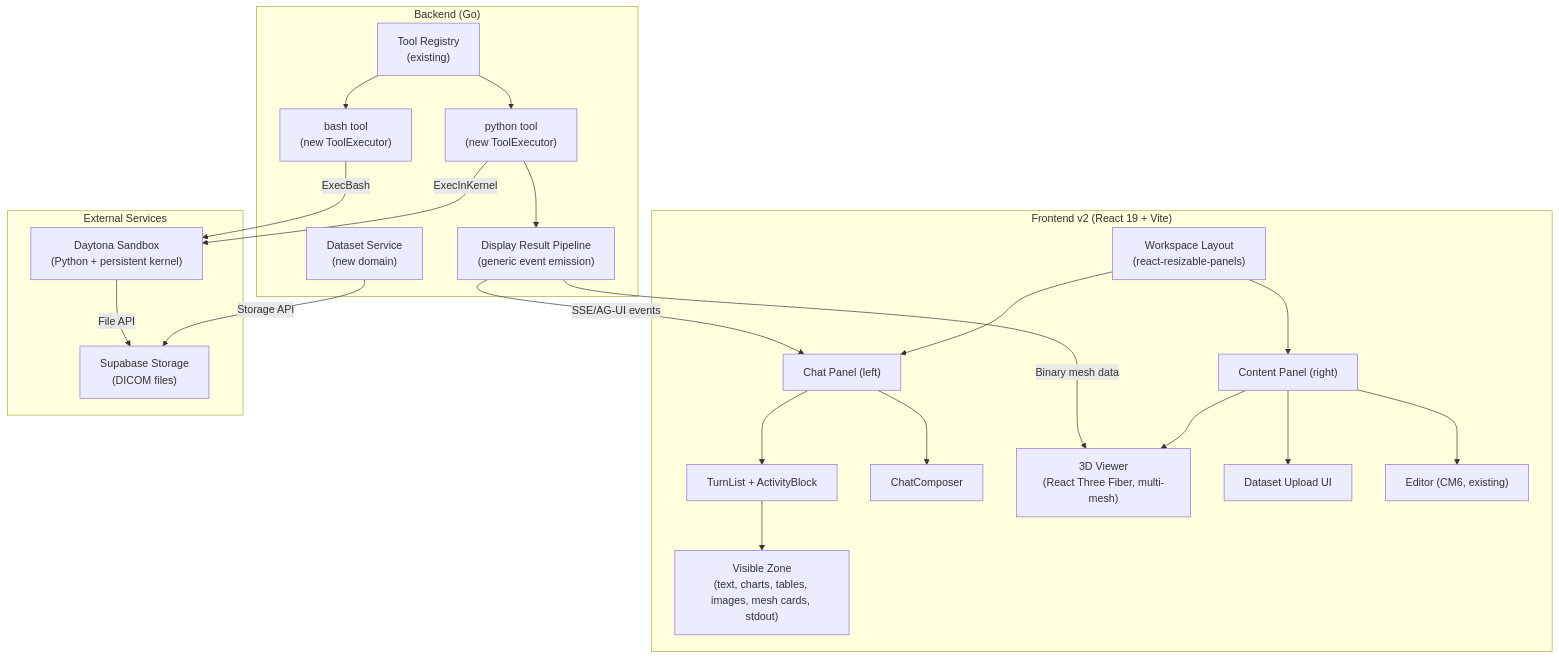
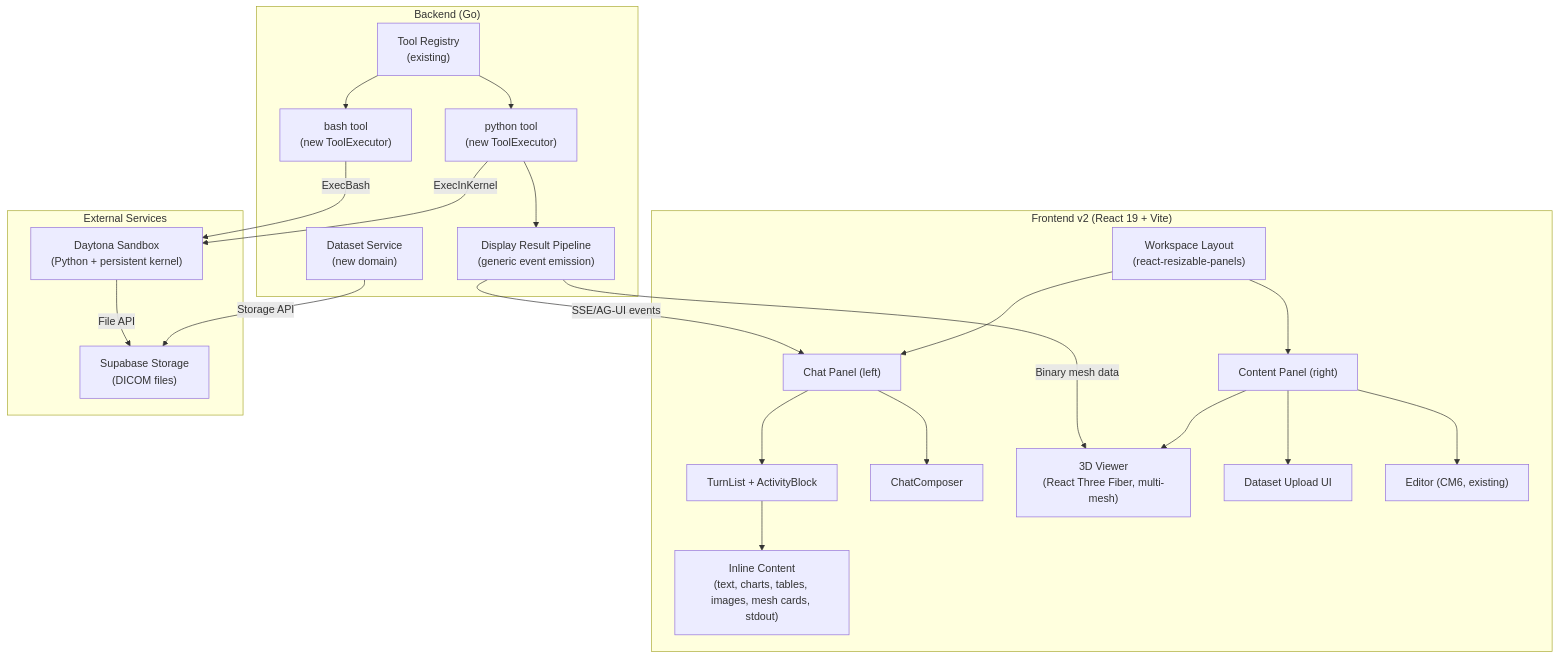
One commit to haowjy/meridian-flow changed the first of 2 diagrams in .meridian/work/biomedical-mvp/design/overview.md. Above: the diagram before and after it, drawn with Mermaid. The commit also changed other lines of this file and 7 other files, not shown here.

````diff
--- a/.meridian/work/biomedical-mvp/design/overview.md
+++ b/.meridian/work/biomedical-mvp/design/overview.md
@@ -7,37 +7,37 @@
 ```mermaid
 flowchart TB
     subgraph Frontend["Frontend v2 (React 19 + Vite)"]
         Layout["Workspace Layout<br/>(react-resizable-panels)"]
         Layout --> ChatPanel["Chat Panel (left)"]
         Layout --> ContentPanel["Content Panel (right)"]
         ChatPanel --> TurnList["TurnList + ActivityBlock"]
         ChatPanel --> Composer["ChatComposer"]
-        TurnList --> VisibleZone["Visible Zone<br/>(text, charts, tables, images, mesh cards, stdout)"]
+        TurnList --> InlineContent["Inline Content<br/>(text, charts, tables, images, mesh cards, stdout)"]
         ContentPanel --> Viewer3D["3D Viewer<br/>(React Three Fiber, multi-mesh)"]
         ContentPanel --> DatasetUI["Dataset Upload UI"]
         ContentPanel --> Editor["Editor (CM6, existing)"]
     end
 
     subgraph Backend["Backend (Go)"]
         ToolReg["Tool Registry<br/>(existing)"]
         PythonTool["python tool<br/>(new ToolExecutor)"]
         BashTool["bash tool<br/>(new ToolExecutor)"]
         DatasetSvc["Dataset Service<br/>(new domain)"]
         DisplayPipeline["Display Result Pipeline<br/>(generic event emission)"]
         ToolReg --> PythonTool
         ToolReg --> BashTool
         PythonTool --> DisplayPipeline
     end
 
     subgraph External["External Services"]
         Daytona["Daytona Sandbox<br/>(Python + persistent kernel)"]
         Supabase["Supabase Storage<br/>(DICOM files)"]
     end
 
     PythonTool -->|"ExecInKernel"| Daytona
     BashTool -->|"ExecBash"| Daytona
     DatasetSvc -->|"Storage API"| Supabase
     DisplayPipeline -->|"SSE/AG-UI events"| ChatPanel
     DisplayPipeline -->|"Binary mesh data"| Viewer3D
     Daytona -->|"File API"| Supabase
 ```
````
